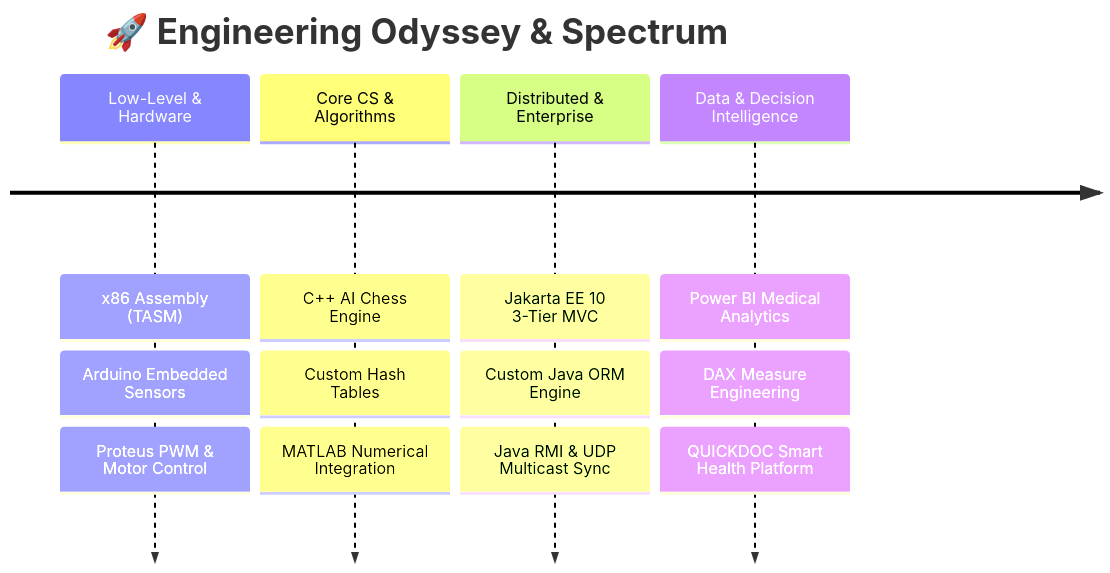
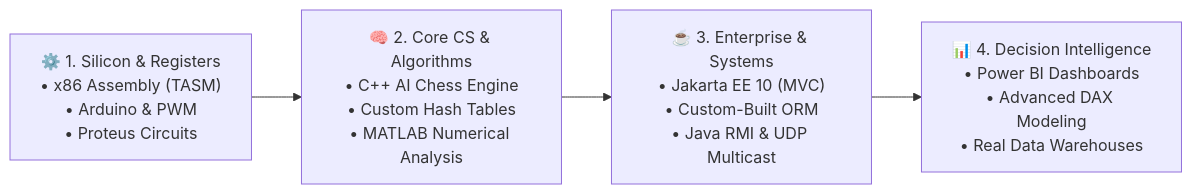
Before and after one commit to MOUTAOUAKIL-Aya/MOUTAOUAKIL-Aya: the diagram in README.md, drawn with Mermaid. The commit also changed other lines of this file, not shown here.

Commit message:
feat: make profile generalist, memorable, and high-impact with terminal whoami card and full-spectrum engineering blueprint

````diff
--- a/README.md
+++ b/README.md
@@ -38,8 +60,6 @@
 ```mermaid
-timeline
-    title 🚀 Engineering Odyssey & Spectrum
-    Low-Level & Hardware : x86 Assembly (TASM) : Arduino Embedded Sensors : Proteus PWM & Motor Control
-    Core CS & Algorithms : C++ AI Chess Engine : Custom Hash Tables : MATLAB Numerical Integration
-    Distributed & Enterprise : Jakarta EE 10 3-Tier MVC : Custom Java ORM Engine : Java RMI & UDP Multicast Sync
-    Data & Decision Intelligence : Power BI Medical Analytics : DAX Measure Engineering : QUICKDOC Smart Health Platform
+flowchart LR
+    A["⚙️ 1. Silicon & Registers<br>• x86 Assembly (TASM)<br>• Arduino & PWM<br>• Proteus Circuits"] --> B["🧠 2. Core CS & Algorithms<br>• C++ AI Chess Engine<br>• Custom Hash Tables<br>• MATLAB Numerical Analysis"]
+    B --> C["☕ 3. Enterprise & Systems<br>• Jakarta EE 10 (MVC)<br>• Custom-Built ORM<br>• Java RMI & UDP Multicast"]
+    C --> D["📊 4. Decision Intelligence<br>• Power BI Dashboards<br>• Advanced DAX Modeling<br>• Real Data Warehouses"]
 ```
````
